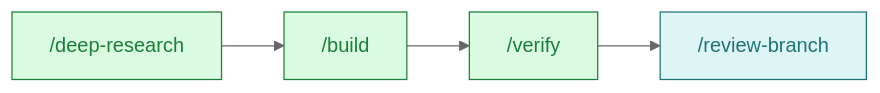
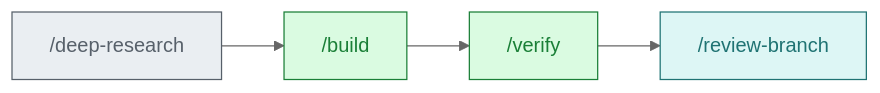
Before and after one commit to DoctorMozg/claude-pipelines: the first of 9 diagrams in README.md, drawn with Mermaid (neutral theme). The commit also changed other lines of this file, not shown here.

````diff
--- a/README.md
+++ b/README.md
@@ -13,8 +13,9 @@
 ```mermaid
 flowchart LR
-    A["/deep-research"]:::pipe --> B["/build"]:::pipe
+    A["/deep-research"]:::research --> B["/build"]:::pipe
     B --> C["/verify"]:::pipe
     C --> D["/review-branch"]:::git
+    classDef research fill:#eaeef2,stroke:#57606a,color:#57606a
     classDef pipe fill:#dafbe1,stroke:#1a7f37,color:#1a7f37
     classDef git fill:#ddf6f5,stroke:#1f7373,color:#1f7373
 ```
````
